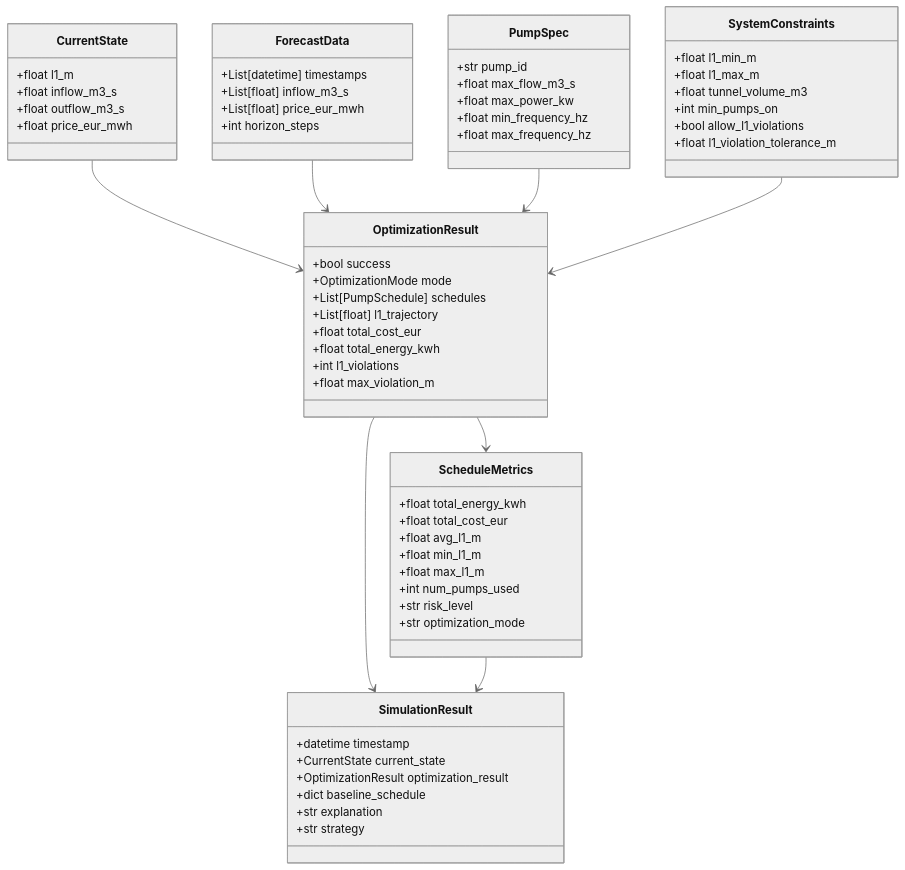
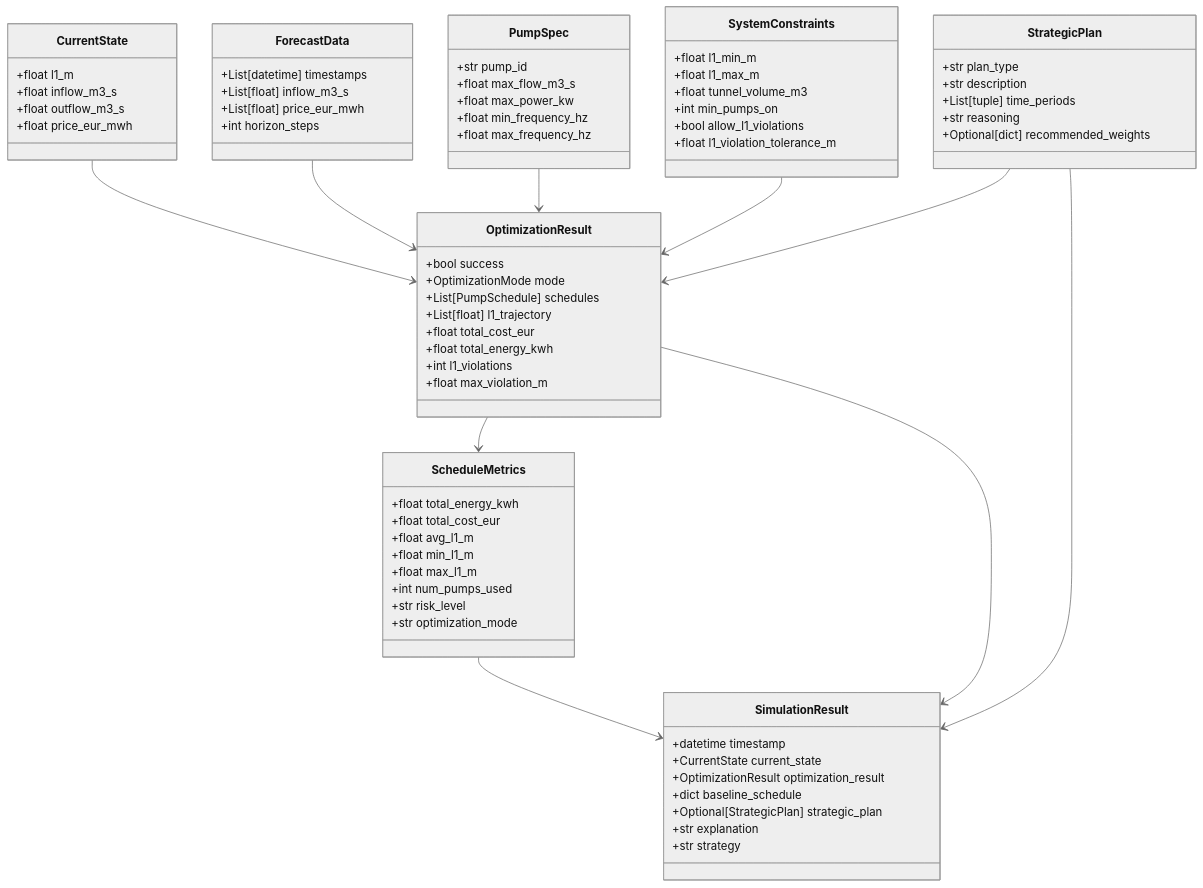
Before and after one commit to alexha11/Junction-2025: the fifth of 9 diagrams in agents/optimizer_agent/ARCHITECTURE.md, drawn with Mermaid (neutral theme). The commit also changed other lines of this file and 7 other files, not shown here.

````diff
--- a/agents/optimizer_agent/ARCHITECTURE.md
+++ b/agents/optimizer_agent/ARCHITECTURE.md
@@ -253,6 +280,14 @@
         +float max_violation_m
     }
     
+    class StrategicPlan {
+        +str plan_type
+        +str description
+        +List[tuple] time_periods
+        +str reasoning
+        +Optional[dict] recommended_weights
+    }
+    
     class ScheduleMetrics {
         +float total_energy_kwh
         +float total_cost_eur
@@ -269,6 +304,7 @@
         +CurrentState current_state
         +OptimizationResult optimization_result
         +dict baseline_schedule
+        +Optional[StrategicPlan] strategic_plan
         +str explanation
         +str strategy
     }
@@ -277,7 +313,9 @@
     ForecastData --> OptimizationResult
     PumpSpec --> OptimizationResult
     SystemConstraints --> OptimizationResult
+    StrategicPlan --> OptimizationResult
     OptimizationResult --> ScheduleMetrics
     OptimizationResult --> SimulationResult
+    StrategicPlan --> SimulationResult
     ScheduleMetrics --> SimulationResult
 ```
````
